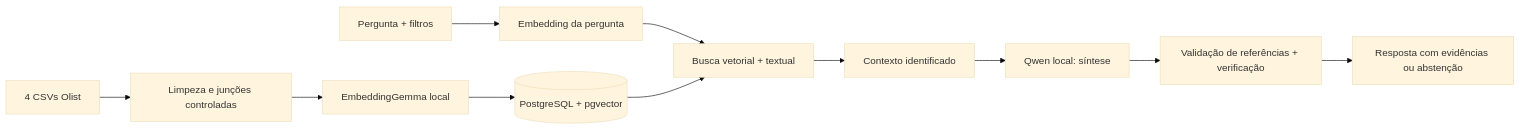
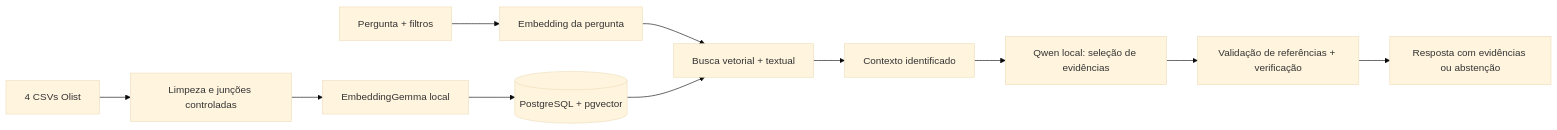
Before and after one commit to leozoka0506/TECH4: the diagram in README.md, drawn with Mermaid (base theme). The commit also changed other lines of this file and 7 other files, not shown here.

````diff
--- a/README.md
+++ b/README.md
@@ -9,13 +9,13 @@
 ```mermaid
 flowchart LR
     A[4 CSVs Olist] --> B[Limpeza e junções controladas]
     B --> C[EmbeddingGemma local]
     C --> D[(PostgreSQL + pgvector)]
     Q[Pergunta + filtros] --> E[Embedding da pergunta]
     E --> F[Busca vetorial + textual]
     D --> F
     F --> G[Contexto identificado]
-    G --> H[Qwen local: síntese]
+    G --> H[Qwen local: seleção de evidências]
     H --> I[Validação de referências + verificação]
     I --> J[Resposta com evidências ou abstenção]
 ```
````
